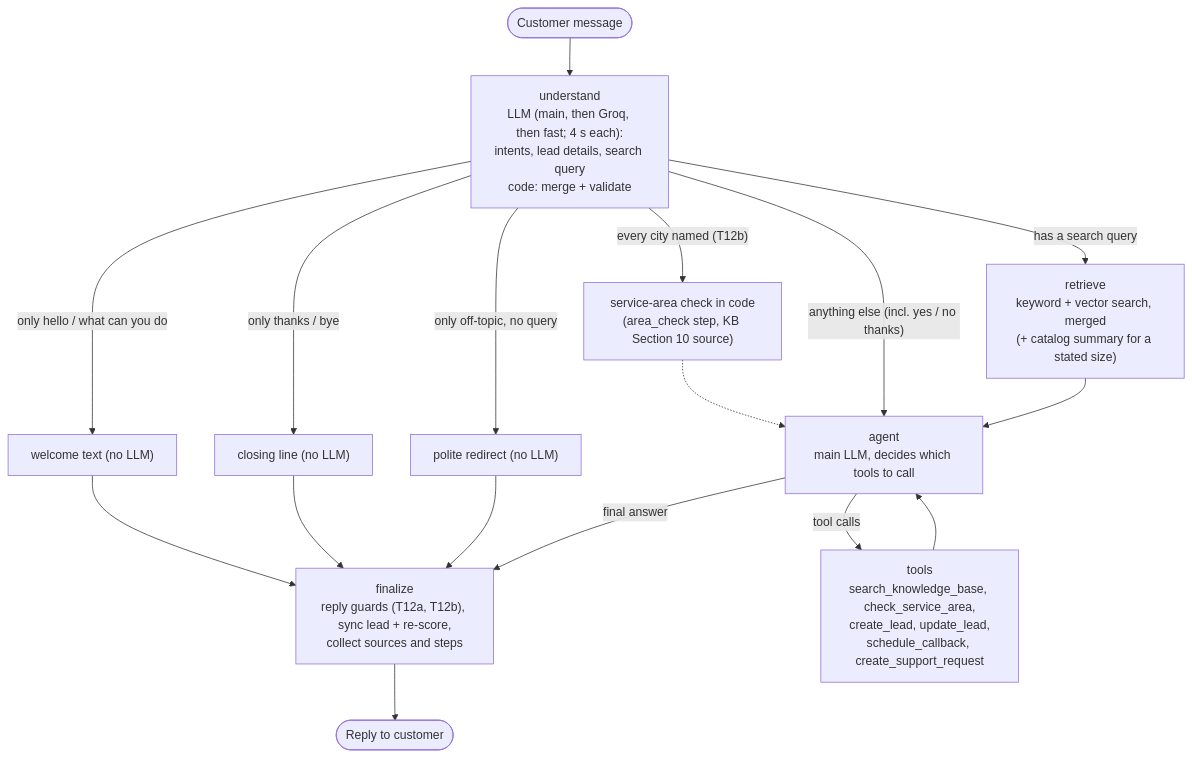
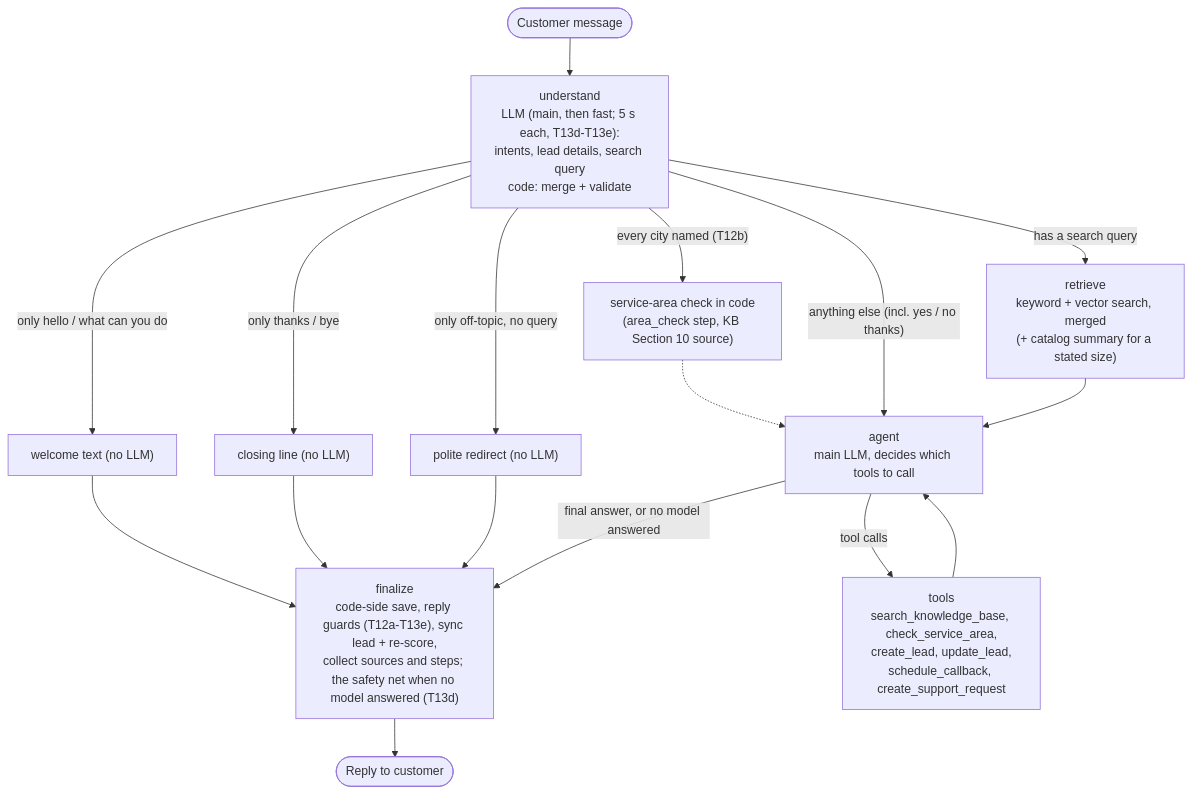
One commit to AdithyaChauhan/vantis-sales-agent changed the second of 2 diagrams in docs/PLAN.md. Above: the diagram before and after it, drawn with Mermaid. The commit also changed other lines of this file and 10 other files, not shown here.

````diff
--- a/docs/PLAN.md
+++ b/docs/PLAN.md
@@ -91,19 +91,19 @@
 ```mermaid
 flowchart TD
-  msg(["Customer message"]) --> understand["understand<br/>LLM (main, then Groq, then fast; 4 s each):<br/>intents, lead details, search query<br/>code: merge + validate"]
+  msg(["Customer message"]) --> understand["understand<br/>LLM (main, then fast; 5 s each, T13d-T13e):<br/>intents, lead details, search query<br/>code: merge + validate"]
   understand -->|"only hello / what can you do"| welcome["welcome text (no LLM)"]
   understand -->|"only thanks / bye"| closing["closing line (no LLM)"]
   understand -->|"only off-topic, no query"| redirect["polite redirect (no LLM)"]
   welcome --> finalize
   closing --> finalize
   redirect --> finalize
   understand -->|"every city named (T12b)"| areas["service-area check in code<br/>(area_check step, KB Section 10 source)"]
   areas -.-> agent
   understand -->|"has a search query"| retrieve["retrieve<br/>keyword + vector search, merged<br/>(+ catalog summary for a stated size)"]
   understand -->|"anything else (incl. yes / no thanks)"| agent
   retrieve --> agent["agent<br/>main LLM, decides which tools to call"]
   agent -->|"tool calls"| tools["tools<br/>search_knowledge_base, check_service_area,<br/>create_lead, update_lead,<br/>schedule_callback, create_support_request"]
   tools --> agent
-  agent -->|"final answer"| finalize["finalize<br/>reply guards (T12a, T12b), sync lead + re-score,<br/>collect sources and steps"]
+  agent -->|"final answer, or no model answered"| finalize["finalize<br/>code-side save, reply guards (T12a-T13e), sync lead + re-score,<br/>collect sources and steps; the safety net when no model answered (T13d)"]
   finalize --> reply(["Reply to customer"])
 ```
````
